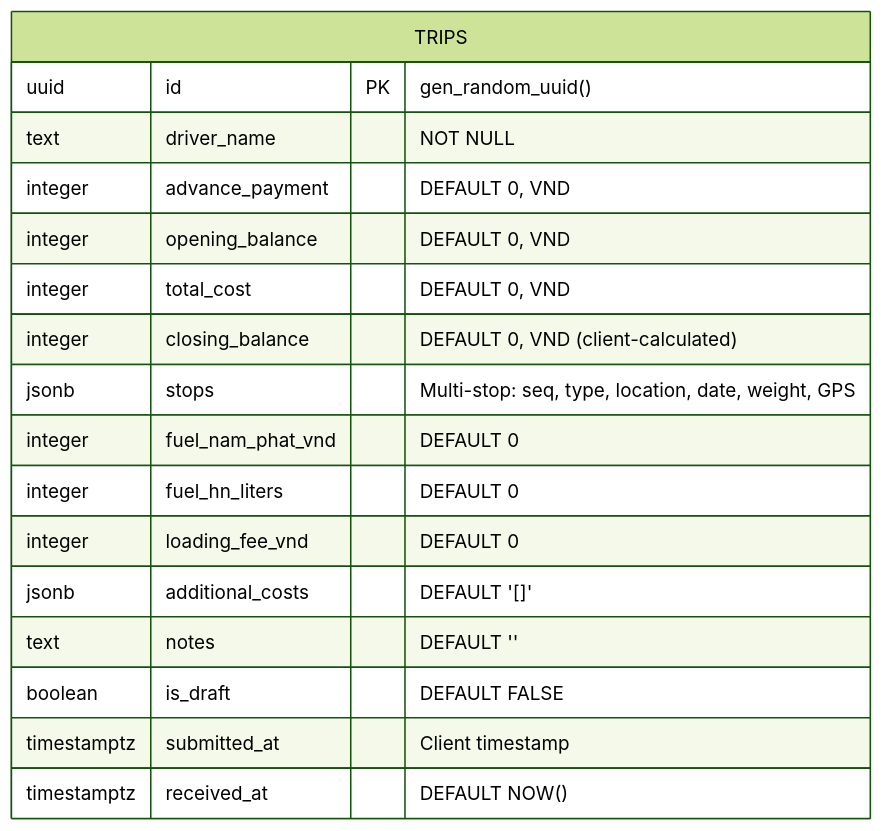
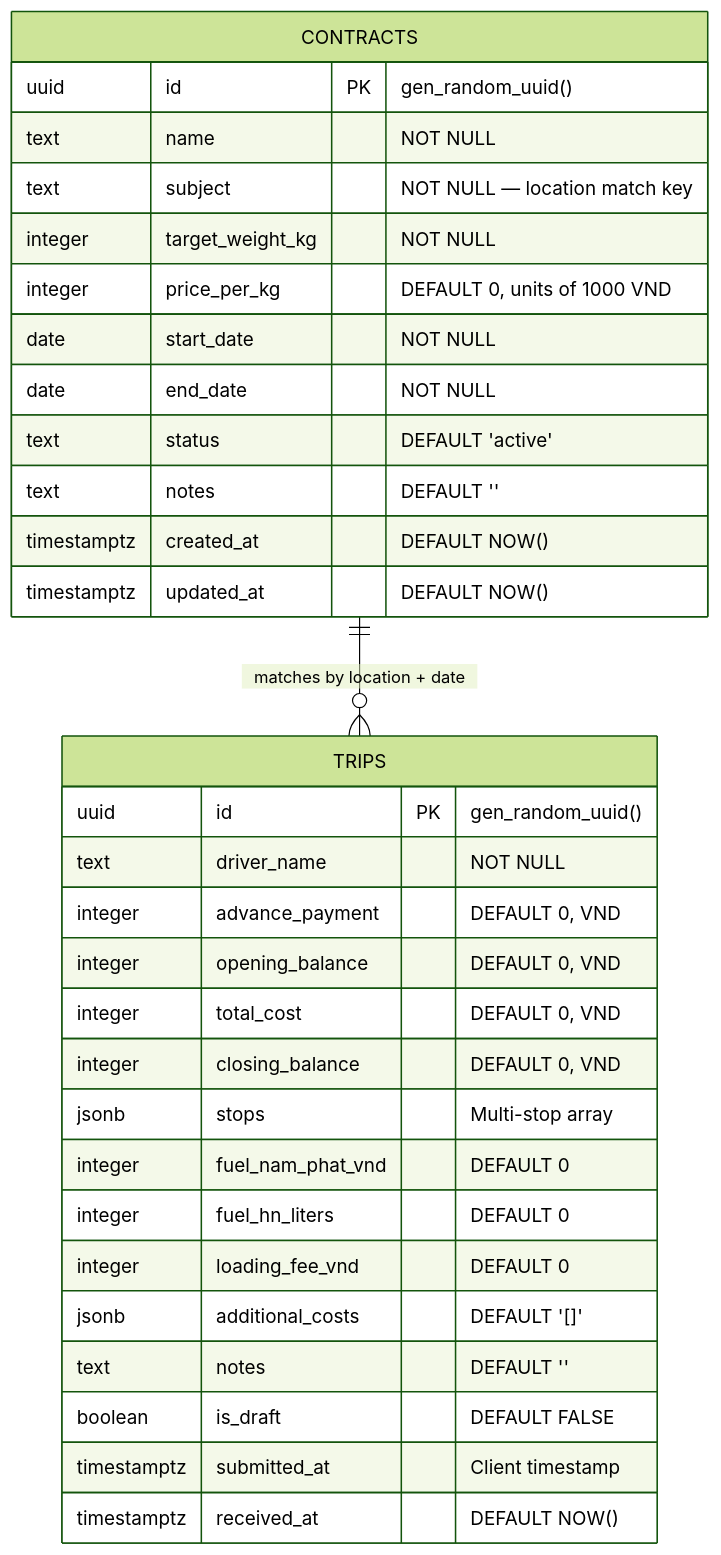
Before and after one commit to maiduydung/TruckerMobileBackend: the fourth of 5 diagrams in README.md, drawn with Mermaid (forest theme). The commit also changed other lines of this file and 6 other files, not shown here.

````diff
--- a/README.md
+++ b/README.md
@@ -114,20 +184,36 @@
 ```mermaid
 erDiagram
     TRIPS {
         uuid id PK "gen_random_uuid()"
         text driver_name "NOT NULL"
         integer advance_payment "DEFAULT 0, VND"
         integer opening_balance "DEFAULT 0, VND"
         integer total_cost "DEFAULT 0, VND"
-        integer closing_balance "DEFAULT 0, VND (client-calculated)"
-        jsonb stops "Multi-stop: seq, type, location, date, weight, GPS"
+        integer closing_balance "DEFAULT 0, VND"
+        jsonb stops "Multi-stop array"
         integer fuel_nam_phat_vnd "DEFAULT 0"
         integer fuel_hn_liters "DEFAULT 0"
         integer loading_fee_vnd "DEFAULT 0"
         jsonb additional_costs "DEFAULT '[]'"
         text notes "DEFAULT ''"
         boolean is_draft "DEFAULT FALSE"
         timestamptz submitted_at "Client timestamp"
         timestamptz received_at "DEFAULT NOW()"
     }
+
+    CONTRACTS {
+        uuid id PK "gen_random_uuid()"
+        text name "NOT NULL"
+        text subject "NOT NULL — location match key"
+        integer target_weight_kg "NOT NULL"
+        integer price_per_kg "DEFAULT 0, units of 1000 VND"
+        date start_date "NOT NULL"
+        date end_date "NOT NULL"
+        text status "DEFAULT 'active'"
+        text notes "DEFAULT ''"
+        timestamptz created_at "DEFAULT NOW()"
+        timestamptz updated_at "DEFAULT NOW()"
+    }
+
+    CONTRACTS ||--o{ TRIPS : "matches by location + date"
 ```
````
